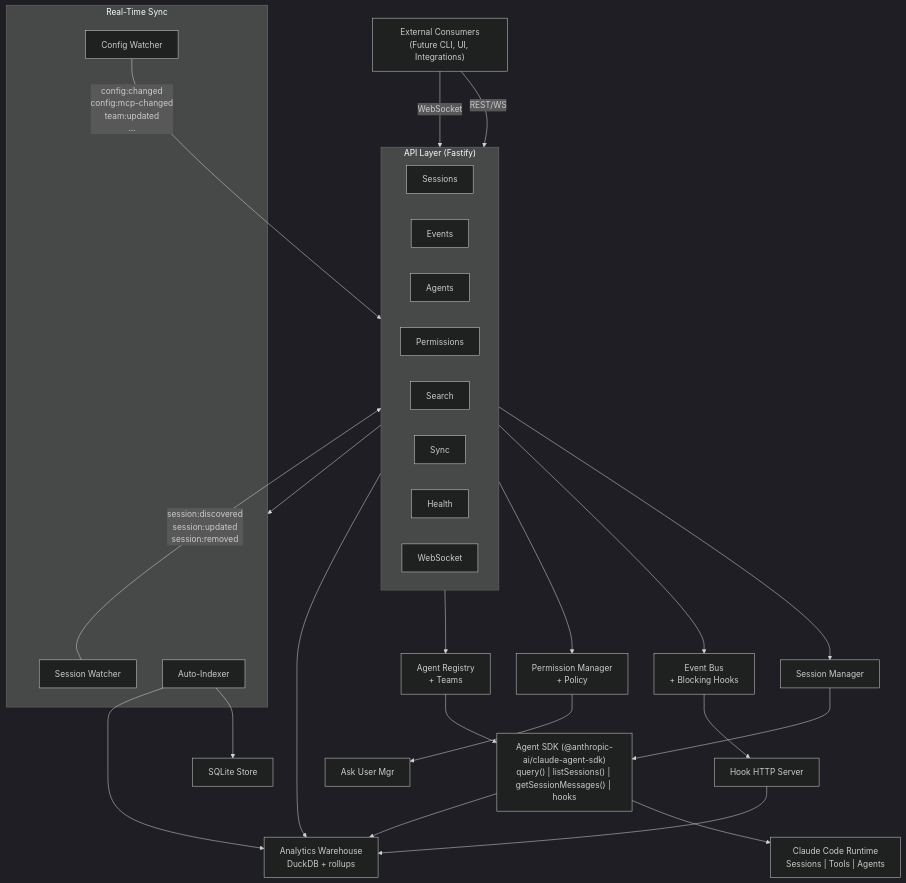
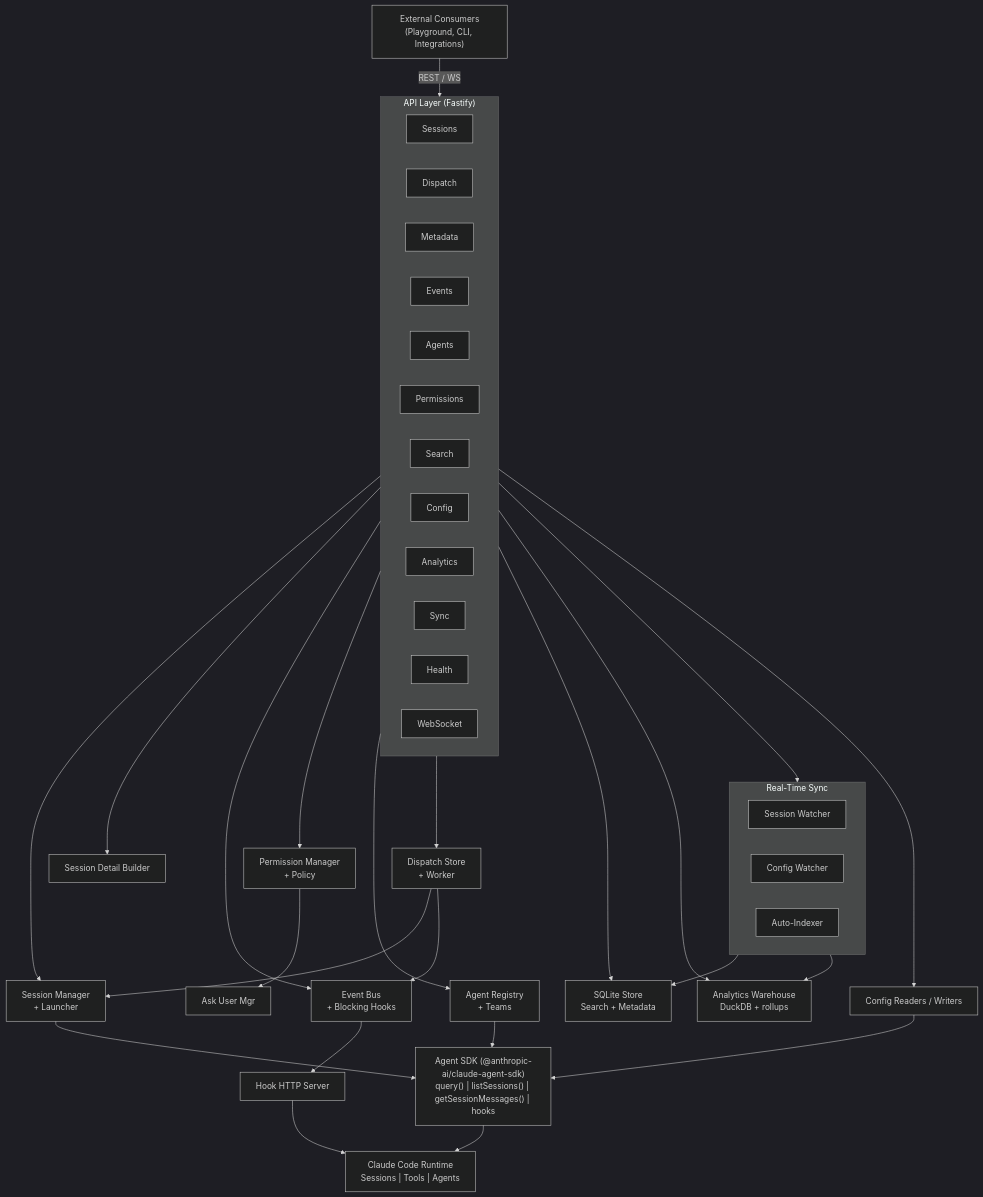
The first of 4 diagrams in docs/architecture/README.md (juanbermudez/cc-middleware), drawn with Mermaid (dark theme) before and after one commit. The commit also changed other lines of this file and 6 other files, not shown here.

Commit message:
Refresh docs for dispatch, metadata, and session detail

````diff
--- a/docs/architecture/README.md
+++ b/docs/architecture/README.md
@@ -7,46 +7,52 @@
 ```mermaid
 graph TD
-    EC["External Consumers<br/>(Future CLI, UI, Integrations)"]
-    EC -->|"REST/WS"| API
-    EC -->|"WebSocket"| API
+    EC["External Consumers<br/>(Playground, CLI, Integrations)"]
+    EC -->|"REST / WS"| API
 
     subgraph API["API Layer (Fastify)"]
         direction LR
         Sessions
+        Dispatch
+        Metadata
         Events
         Agents
         Permissions
         Search
+        Config
+        Analytics
         Sync
         Health
         WS["WebSocket"]
     end
 
-    API --> SM["Session Manager"]
+    API --> SM["Session Manager<br/>+ Launcher"]
+    API --> SD["Session Detail Builder"]
     API --> EB["Event Bus<br/>+ Blocking Hooks"]
     API --> PM["Permission Manager<br/>+ Policy"]
     API --> AR["Agent Registry<br/>+ Teams"]
+    API --> DS["Dispatch Store<br/>+ Worker"]
+    API --> Store["SQLite Store<br/>Search + Metadata"]
+    API --> AW["Analytics Warehouse<br/>DuckDB + rollups"]
     API --> RS["Real-Time Sync"]
-    API --> AW["Analytics Warehouse<br/>DuckDB + rollups"]
+    API --> CFG["Config Readers / Writers"]
 
     EB --> HookHTTP["Hook HTTP Server"]
     PM --> AskUser["Ask User Mgr"]
+    DS --> SM
+    DS --> EB
+    RS --> Store
+    RS --> AW
 
     subgraph RS["Real-Time Sync"]
         SW["Session Watcher"]
         CW["Config Watcher"]
         AI["Auto-Indexer"]
     end
 
-    SW -->|"session:discovered<br/>session:updated<br/>session:removed"| WS
-    CW -->|"config:changed<br/>config:mcp-changed<br/>team:updated<br/>..."| WS
-    AI --> Store["SQLite Store"]
-    AI --> AW
-
     SM --> SDK["Agent SDK (@anthropic-ai/claude-agent-sdk)<br/>query() | listSessions() | getSessionMessages() | hooks"]
     AR --> SDK
+    CFG --> SDK
 
     SDK --> CC["Claude Code Runtime<br/>Sessions | Tools | Agents"]
-    SDK --> AW
-    HookHTTP --> AW
+    HookHTTP --> CC
 ```
````
